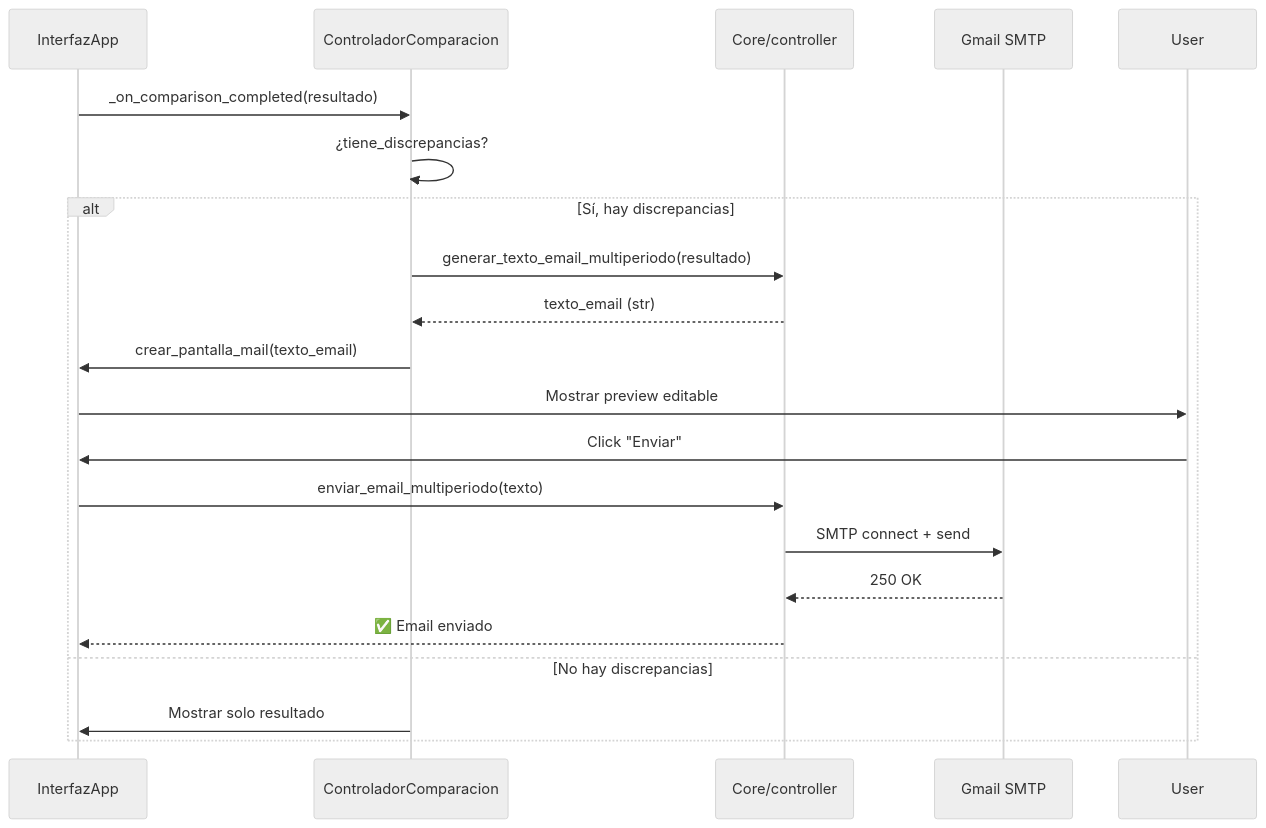
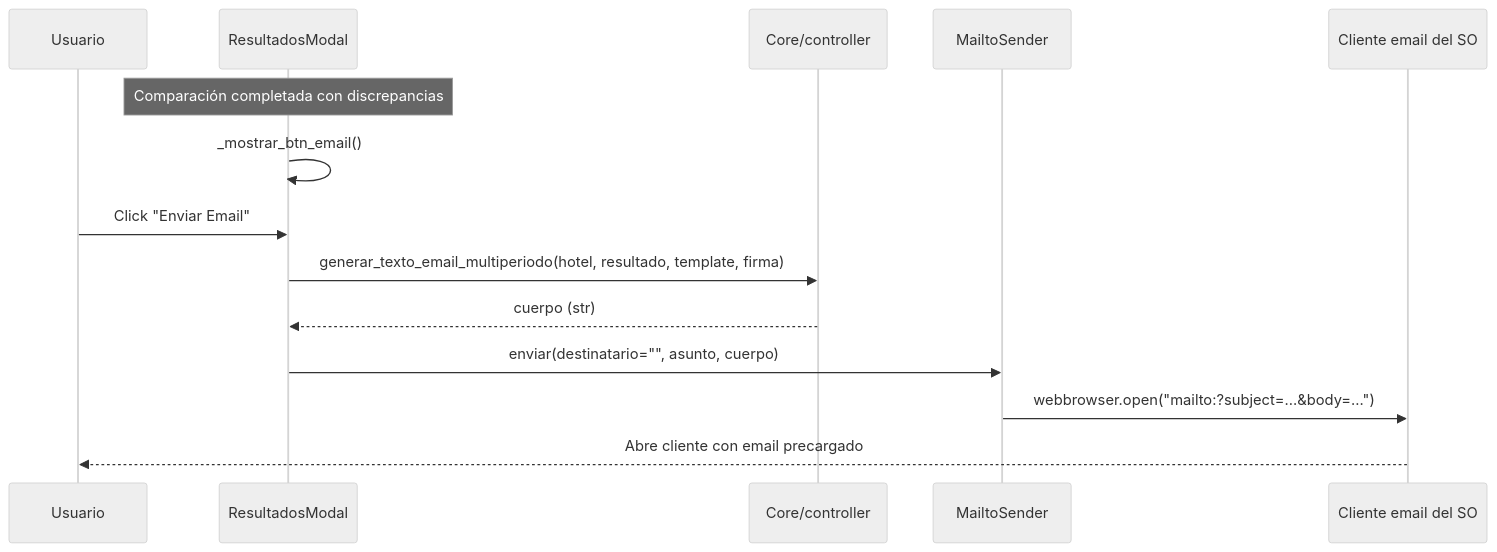
One commit to gerssss97/Crawl-Compare changed the diagram in docs/negocio/email.md. Above: the diagram before and after it, drawn with Mermaid (neutral theme). The commit also changed other lines of this file and 18 other files, not shown here.

First line of the commit message:
feat(email): reemplaza envío SMTP por mailto al cliente del SO

````diff
--- a/docs/negocio/email.md
+++ b/docs/negocio/email.md
@@ -48,23 +25,17 @@
 ```mermaid
 sequenceDiagram
-    participant UI as InterfazApp
-    participant Ctrl as ControladorComparacion
+    participant User as Usuario
+    participant Modal as ResultadosModal
     participant Core as Core/controller
-    participant SMTP as Gmail SMTP
+    participant Sender as MailtoSender
+    participant OS as Cliente email del SO
 
-    UI->>Ctrl: _on_comparison_completed(resultado)
-    Ctrl->>Ctrl: ¿tiene_discrepancias?
-    alt Sí, hay discrepancias
-        Ctrl->>Core: generar_texto_email_multiperiodo(resultado)
-        Core-->>Ctrl: texto_email (str)
-        Ctrl->>UI: crear_pantalla_mail(texto_email)
-        UI->>User: Mostrar preview editable
-        User->>UI: Click "Enviar"
-        UI->>Core: enviar_email_multiperiodo(texto)
-        Core->>SMTP: SMTP connect + send
-        SMTP-->>Core: 250 OK
-        Core-->>UI: ✅ Email enviado
-    else No hay discrepancias
-        Ctrl->>UI: Mostrar solo resultado
-    end
+    Note over Modal: Comparación completada con discrepancias
+    Modal->>Modal: _mostrar_btn_email()
+    User->>Modal: Click "Enviar Email"
+    Modal->>Core: generar_texto_email_multiperiodo(hotel, resultado, template, firma)
+    Core-->>Modal: cuerpo (str)
+    Modal->>Sender: enviar(destinatario="", asunto, cuerpo)
+    Sender->>OS: webbrowser.open("mailto:?subject=...&body=...")
+    OS-->>User: Abre cliente con email precargado
 ```
````
